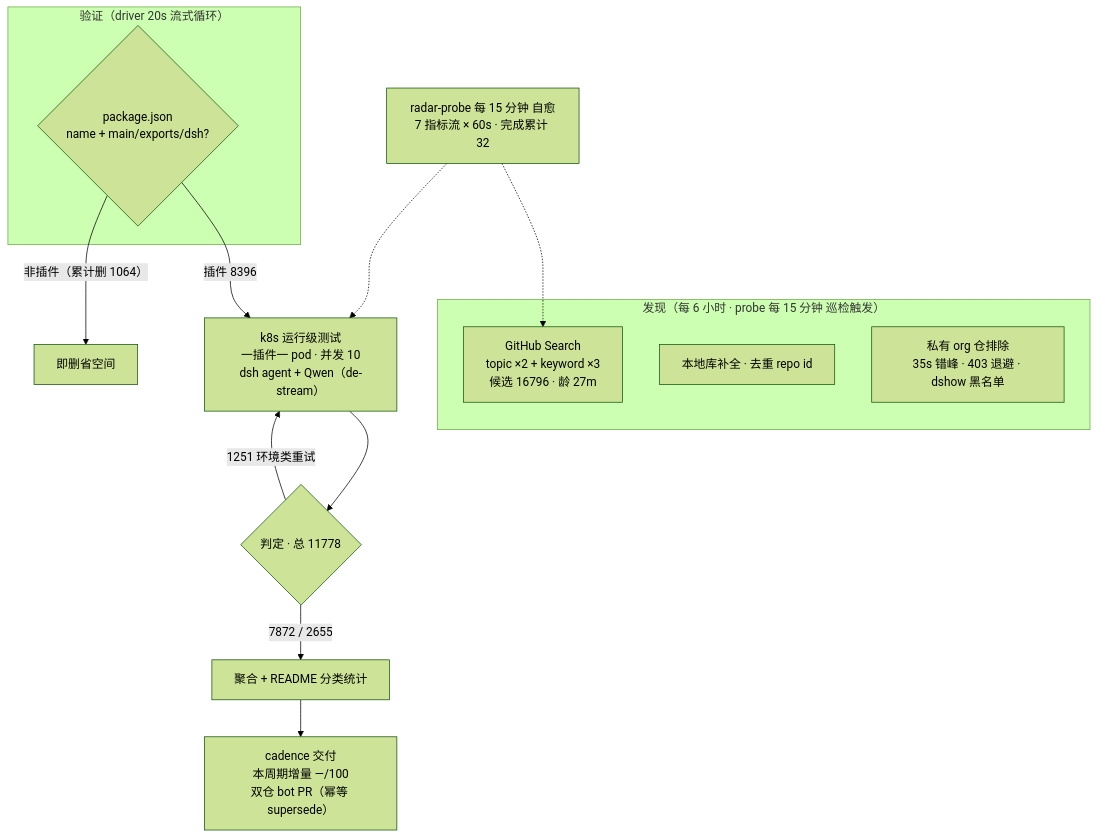
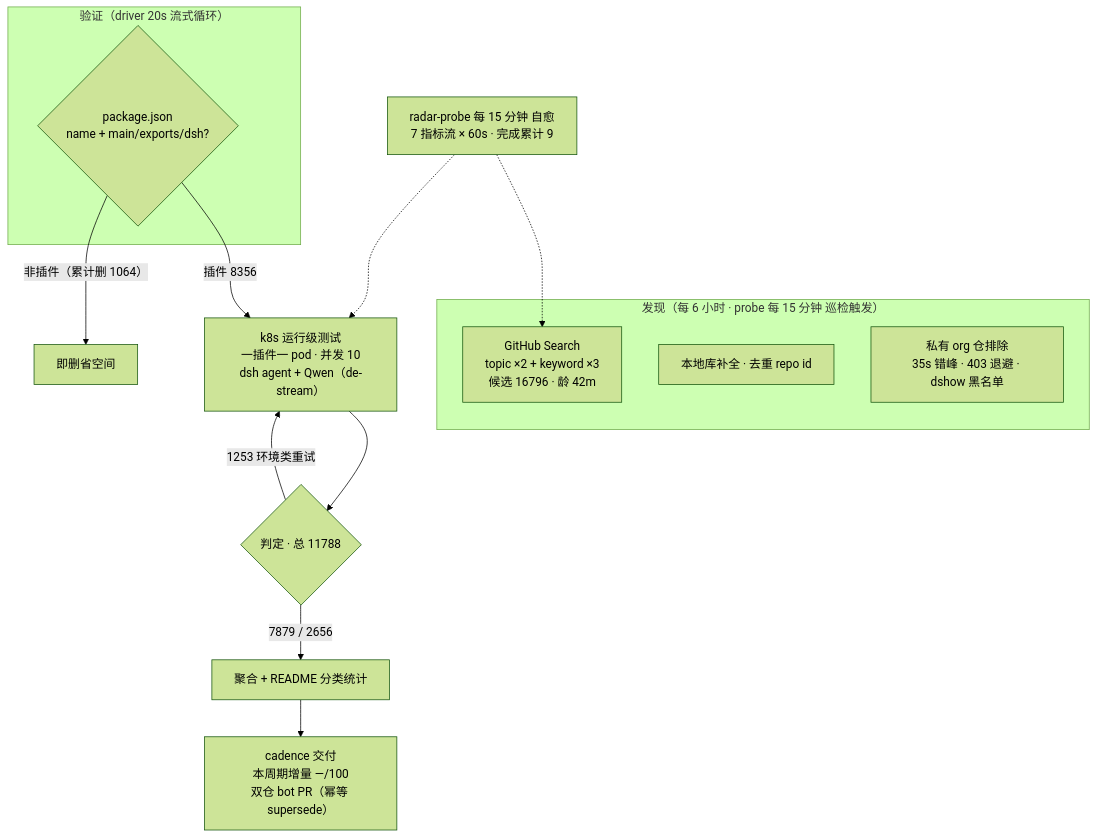
Before and after one commit to Zhidao-Lab-OSS/awesome-dsh-plugins: the diagram in README.md, drawn with Mermaid (forest theme). The commit also changed other lines of this file and 1 other file, not shown here.

````diff
--- a/README.md
+++ b/README.md
@@ -52,20 +52,20 @@
 ```mermaid
 flowchart TB
     subgraph Discovery["发现（每 6 小时 · probe 每 15 分钟 巡检触发）"]
-        A1["GitHub Search<br/>topic ×2 + keyword ×3<br/>候选 16796 · 龄 27m"]
+        A1["GitHub Search<br/>topic ×2 + keyword ×3<br/>候选 16796 · 龄 42m"]
         A2["本地库补全 · 去重 repo id"]
         A3["私有 org 仓排除<br/>35s 错峰 · 403 退避 · dshow 黑名单"]
     end
     subgraph Validation["验证（driver 20s 流式循环）"]
         B1{"package.json<br/>name + main/exports/dsh?"}
     end
-    B1 -->|"插件 8396"| C1["k8s 运行级测试<br/>一插件一 pod · 并发 10<br/>dsh agent + Qwen（de-stream）"]
+    B1 -->|"插件 8356"| C1["k8s 运行级测试<br/>一插件一 pod · 并发 10<br/>dsh agent + Qwen（de-stream）"]
     B1 -->|"非插件（累计删 1064）"| B3["即删省空间"]
-    C1 --> D1{"判定 · 总 11778"}
-    D1 -->|"7872 / 2655"| E1["聚合 + README 分类统计"]
-    D1 -->|"1251 环境类重试"| C1
+    C1 --> D1{"判定 · 总 11788"}
+    D1 -->|"7879 / 2656"| E1["聚合 + README 分类统计"]
+    D1 -->|"1253 环境类重试"| C1
     E1 --> E2["cadence 交付<br/>本周期增量 —/100<br/>双仓 bot PR（幂等 supersede）"]
-    M["radar-probe 每 15 分钟 自愈<br/>7 指标流 × 60s · 完成累计 32"]
+    M["radar-probe 每 15 分钟 自愈<br/>7 指标流 × 60s · 完成累计 9"]
     M -.-> A1
     M -.-> C1
 ```
````
